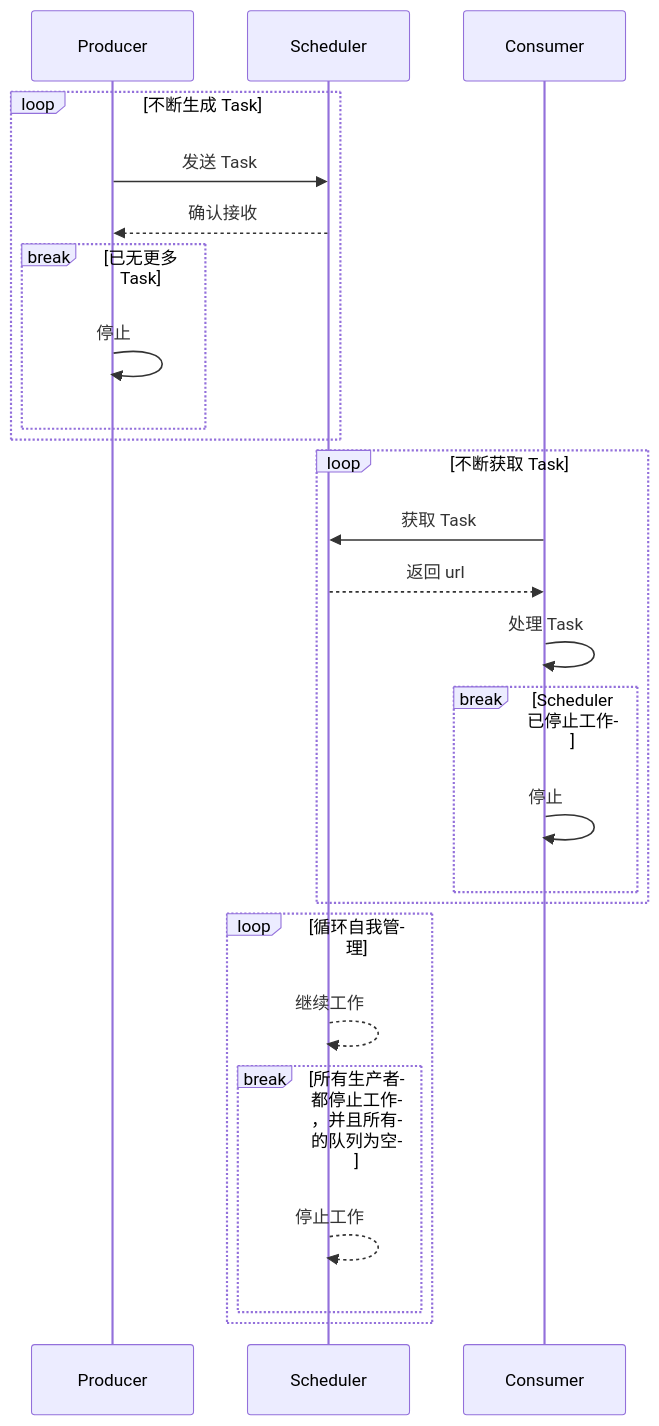
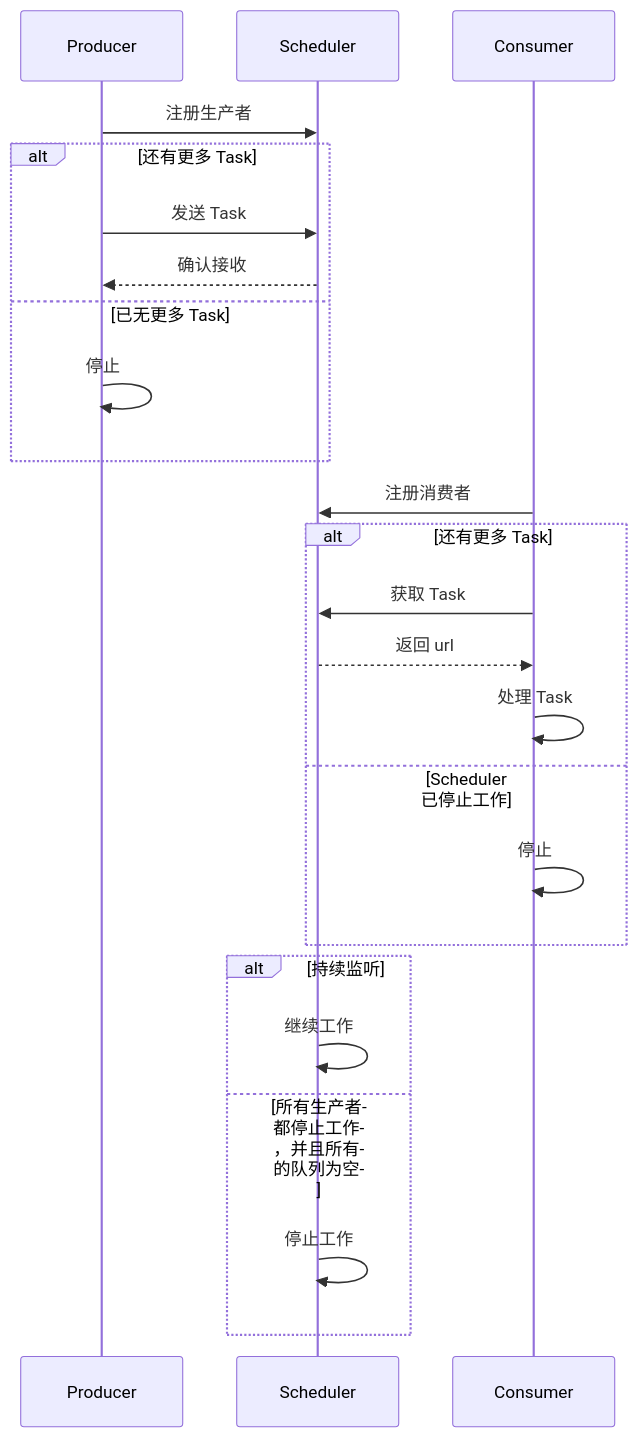
The first of 2 diagrams in README.md (jiang-taibai/blog-crawler), drawn with Mermaid before and after one commit.

Commit message:
docs: 完善文档

````diff
--- a/README.md
+++ b/README.md
@@ -20,31 +20,29 @@
 ```mermaid
 sequenceDiagram
     participant Producer as Producer
     participant Scheduler as Scheduler
     participant Consumer as Consumer
-
-    loop 不断生成 Task
+    Producer ->> Scheduler: 注册生产者
+    alt 还有更多 Task
         Producer ->> Scheduler: 发送 Task
         Scheduler -->> Producer: 确认接收
-        break 已无更多 Task
-            Producer ->> Producer: 停止
-        end
+    else 已无更多 Task
+        Producer ->> Producer: 停止
     end
 
-    loop 不断获取 Task
+    Consumer ->> Scheduler: 注册消费者
+    alt 还有更多 Task
         Consumer ->> Scheduler: 获取 Task
         Scheduler -->> Consumer: 返回 url
         Consumer ->> Consumer: 处理 Task
-        break Scheduler 已停止工作
-            Consumer ->> Consumer: 停止
-        end
+    else Scheduler 已停止工作
+        Consumer ->> Consumer: 停止
     end
 
-    loop 循环自我管理
-        Scheduler -->> Scheduler: 继续工作
-        break 所有生产者都停止工作，并且所有的队列为空
-            Scheduler -->> Scheduler: 停止工作
-        end
+    alt 持续监听
+        Scheduler ->> Scheduler: 继续工作
+    else 所有生产者都停止工作，并且所有的队列为空
+        Scheduler ->> Scheduler: 停止工作
     end
 
 ```
````
